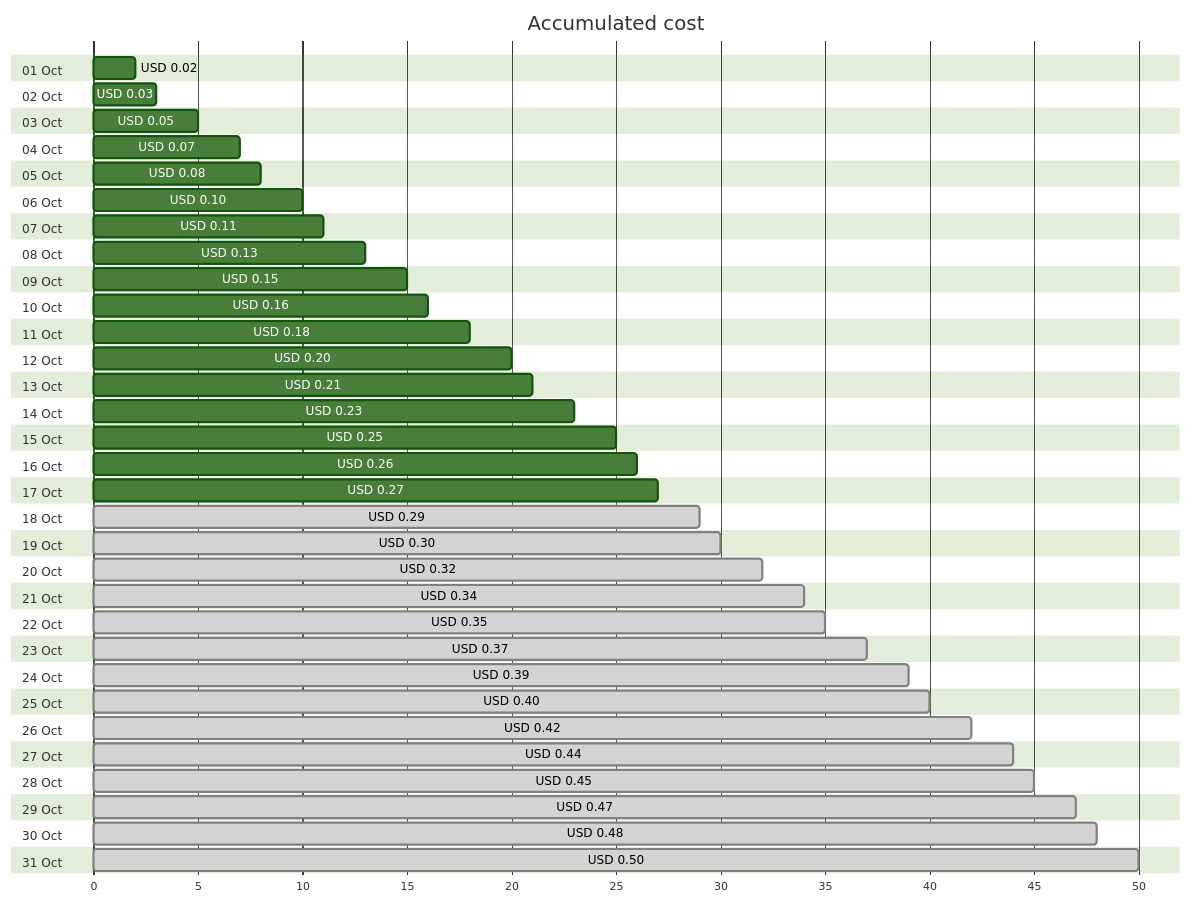
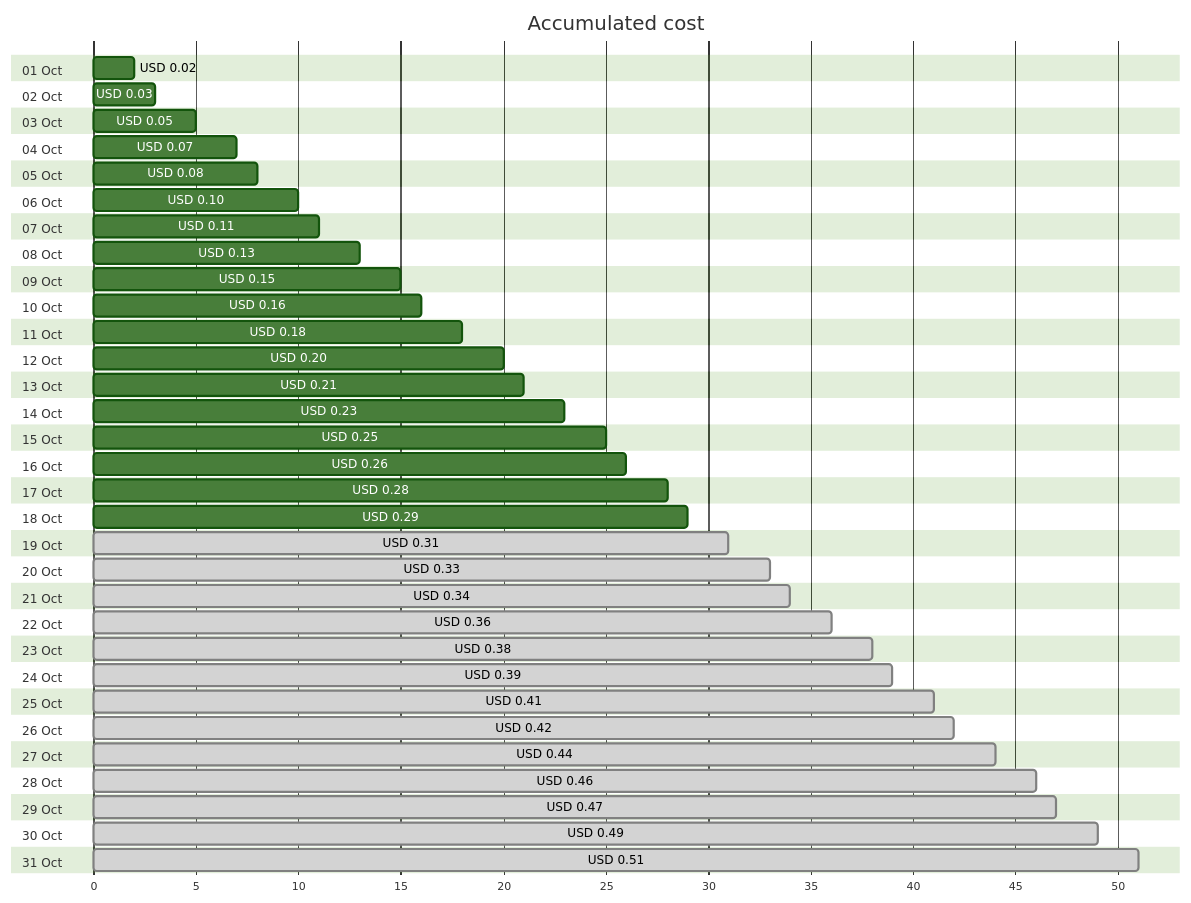
The first of 4 diagrams in cost-reports/personal-dns/jpatrickfulton.dev.md (jpfulton/azure-personal-reports), drawn with Mermaid (forest theme) before and after one commit. The commit also changed other lines of this file and 2 other files, not shown here.

Commit message:
Generated reports [skip ci]

````diff
--- a/cost-reports/personal-dns/jpatrickfulton.dev.md
+++ b/cost-reports/personal-dns/jpatrickfulton.dev.md
@@ -20,68 +20,68 @@
 ```mermaid
 gantt
    title Accumulated cost
    dateFormat  X
    axisFormat %s
    section 01 Oct
    USD 0.02 :0, 2
    section 02 Oct
    USD 0.03 :0, 3
    section 03 Oct
    USD 0.05 :0, 5
    section 04 Oct
    USD 0.07 :0, 7
    section 05 Oct
    USD 0.08 :0, 8
    section 06 Oct
    USD 0.10 :0, 10
    section 07 Oct
    USD 0.11 :0, 11
    section 08 Oct
    USD 0.13 :0, 13
    section 09 Oct
    USD 0.15 :0, 15
    section 10 Oct
    USD 0.16 :0, 16
    section 11 Oct
    USD 0.18 :0, 18
    section 12 Oct
    USD 0.20 :0, 20
    section 13 Oct
    USD 0.21 :0, 21
    section 14 Oct
    USD 0.23 :0, 23
    section 15 Oct
    USD 0.25 :0, 25
    section 16 Oct
    USD 0.26 :0, 26
    section 17 Oct
-   USD 0.27 :0, 27
+   USD 0.28 :0, 28
    section 18 Oct
-   USD 0.29 : done, 0, 29
+   USD 0.29 :0, 29
    section 19 Oct
-   USD 0.30 : done, 0, 30
+   USD 0.31 : done, 0, 31
    section 20 Oct
-   USD 0.32 : done, 0, 32
+   USD 0.33 : done, 0, 33
    section 21 Oct
    USD 0.34 : done, 0, 34
    section 22 Oct
-   USD 0.35 : done, 0, 35
+   USD 0.36 : done, 0, 36
    section 23 Oct
-   USD 0.37 : done, 0, 37
+   USD 0.38 : done, 0, 38
    section 24 Oct
    USD 0.39 : done, 0, 39
    section 25 Oct
-   USD 0.40 : done, 0, 40
+   USD 0.41 : done, 0, 41
    section 26 Oct
    USD 0.42 : done, 0, 42
    section 27 Oct
    USD 0.44 : done, 0, 44
    section 28 Oct
-   USD 0.45 : done, 0, 45
+   USD 0.46 : done, 0, 46
    section 29 Oct
    USD 0.47 : done, 0, 47
    section 30 Oct
-   USD 0.48 : done, 0, 48
+   USD 0.49 : done, 0, 49
    section 31 Oct
-   USD 0.50 : done, 0, 50
+   USD 0.51 : done, 0, 51
 ```
````
